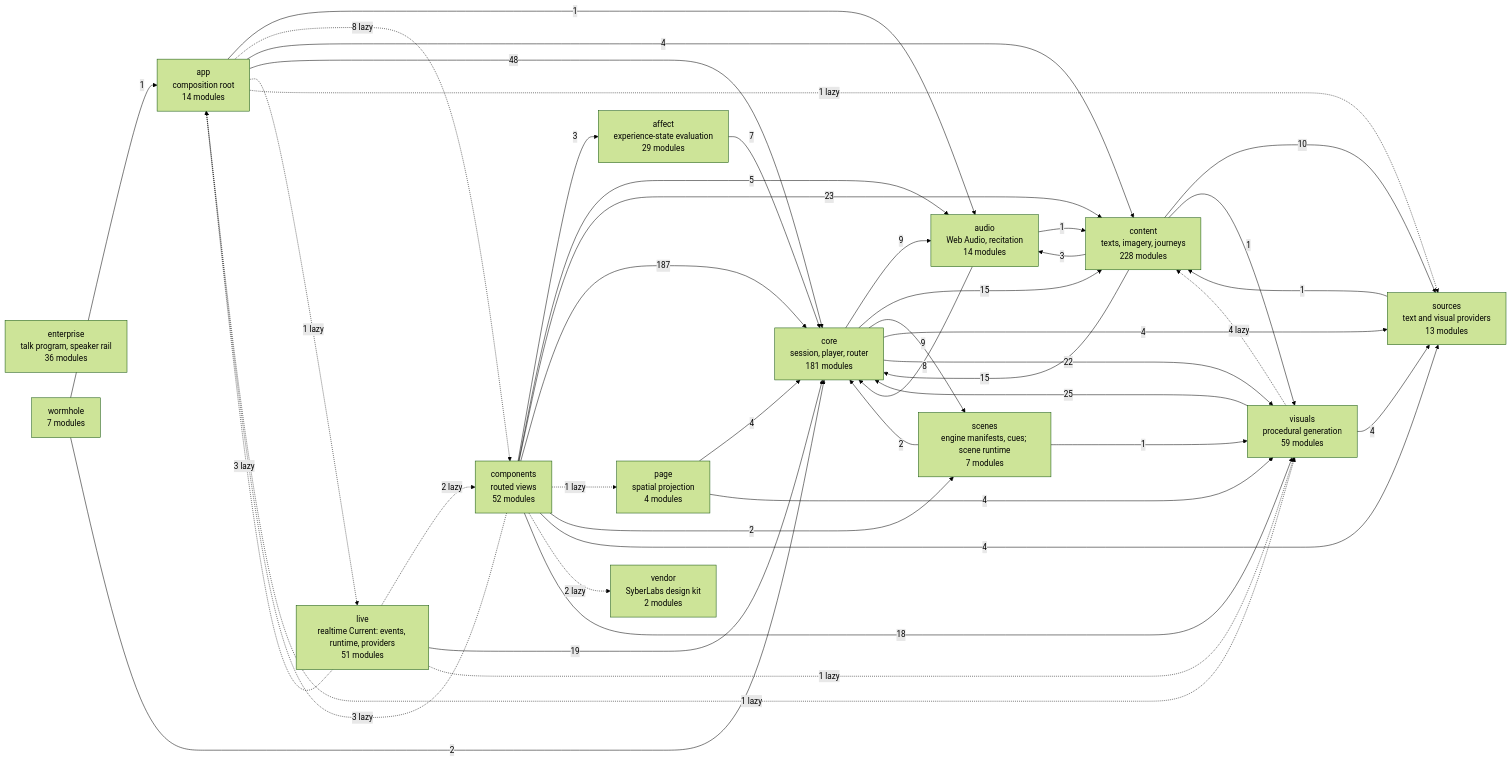
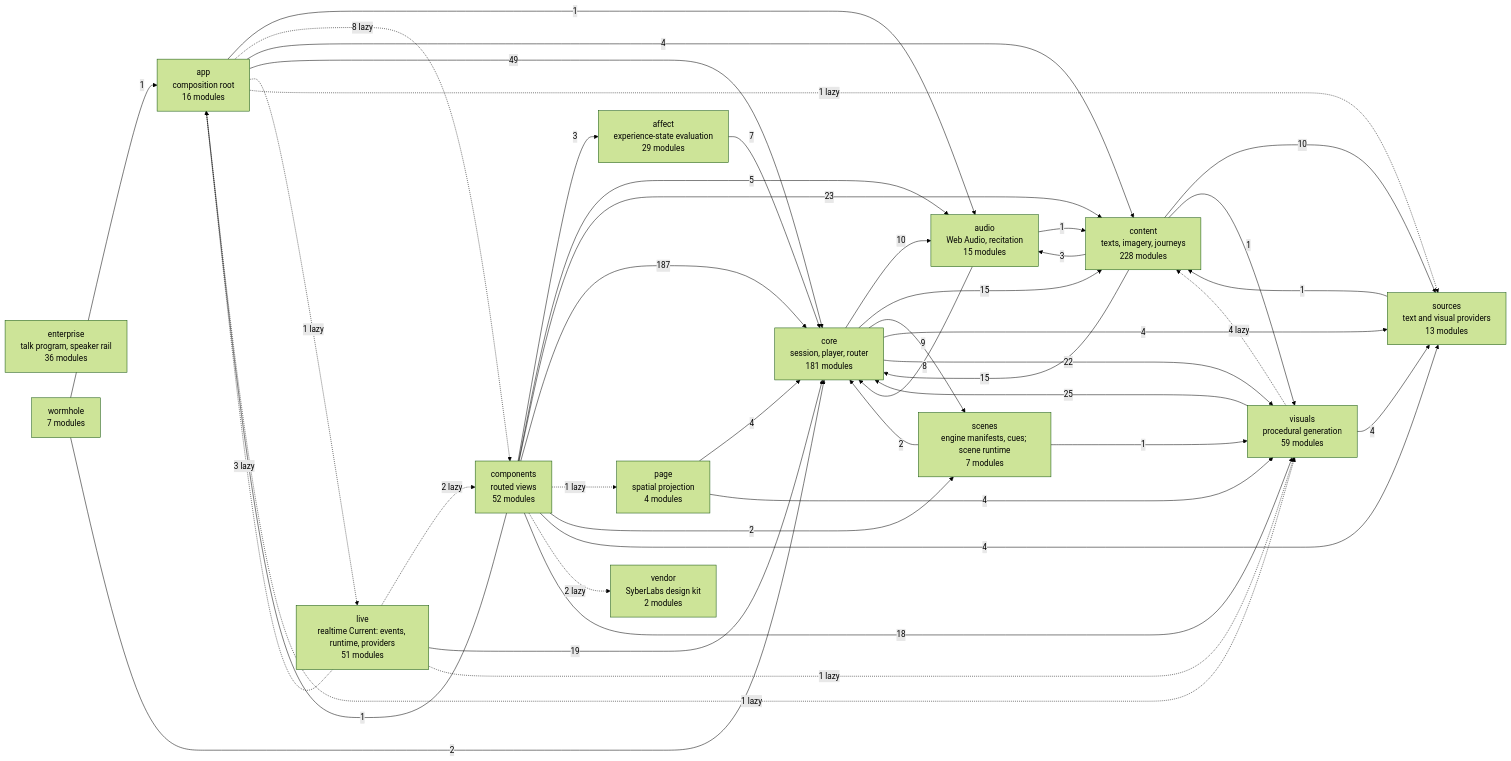
Before and after one commit to SyberLabs/RISE: the diagram in docs/specs/ARCHITECTURE.md, drawn with Mermaid (forest theme). The commit also changed 20 other files, not shown here.

````diff
--- a/docs/specs/ARCHITECTURE.md
+++ b/docs/specs/ARCHITECTURE.md
@@ -156,61 +156,61 @@
 ```mermaid
 flowchart LR
     affect["affect<br/>experience-state evaluation<br/>29 modules"]
-    app["app<br/>composition root<br/>14 modules"]
-    audio["audio<br/>Web Audio, recitation<br/>14 modules"]
+    app["app<br/>composition root<br/>16 modules"]
+    audio["audio<br/>Web Audio, recitation<br/>15 modules"]
     components["components<br/>routed views<br/>52 modules"]
     content["content<br/>texts, imagery, journeys<br/>228 modules"]
     core["core<br/>session, player, router<br/>181 modules"]
     enterprise["enterprise<br/>talk program, speaker rail<br/>36 modules"]
     live["live<br/>realtime Current: events, runtime, providers<br/>51 modules"]
     page["page<br/>spatial projection<br/>4 modules"]
     scenes["scenes<br/>engine manifests, cues; scene runtime<br/>7 modules"]
     sources["sources<br/>text and visual providers<br/>13 modules"]
     vendor["vendor<br/>SyberLabs design kit<br/>2 modules"]
     visuals["visuals<br/>procedural generation<br/>59 modules"]
     wormhole["wormhole<br/>7 modules"]
 
     affect --> |7| core
     app --> |1| audio
     app -.-> |8 lazy| components
     app --> |4| content
-    app --> |48| core
+    app --> |49| core
     app -.-> |1 lazy| live
     app -.-> |1 lazy| sources
     app -.-> |1 lazy| visuals
     audio --> |1| content
     audio --> |8| core
     components --> |3| affect
-    components -.-> |3 lazy| app
+    components --> |1| app
     components --> |5| audio
     components --> |23| content
     components --> |187| core
     components -.-> |1 lazy| page
     components --> |2| scenes
     components --> |4| sources
     components -.-> |2 lazy| vendor
     components --> |18| visuals
     content --> |3| audio
     content --> |15| core
     content --> |10| sources
     content --> |1| visuals
-    core --> |9| audio
+    core --> |10| audio
     core --> |15| content
     core --> |9| scenes
     core --> |4| sources
     core --> |22| visuals
     live -.-> |3 lazy| app
     live -.-> |2 lazy| components
     live --> |19| core
     live -.-> |1 lazy| visuals
     page --> |4| core
     page --> |4| visuals
     scenes --> |2| core
     scenes --> |1| visuals
     sources --> |1| content
     visuals -.-> |4 lazy| content
     visuals --> |25| core
     visuals --> |4| sources
     wormhole --> |1| app
     wormhole --> |2| core
 ```
````
